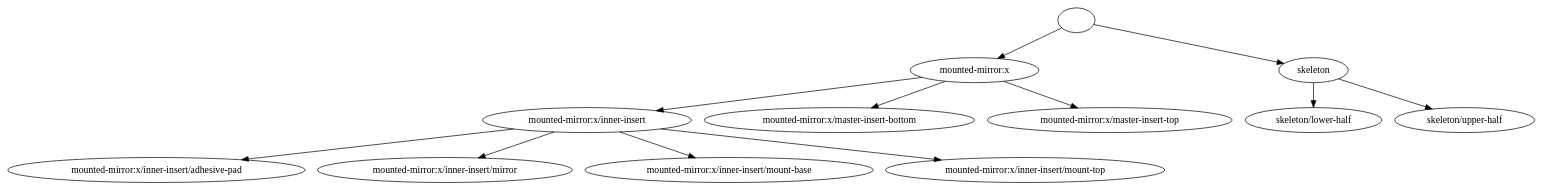
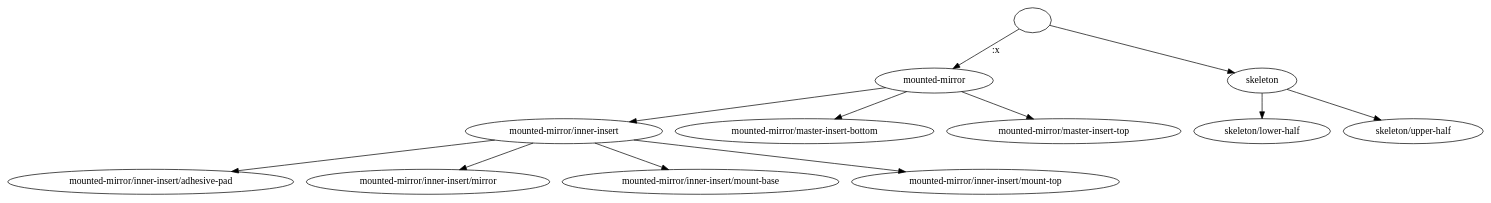
Before and after one commit to openUC2/optikit: the diagram in examples/designs/cube-mounted/mirror-static.dsn/_assembly-graph:x.dot, drawn with Graphviz. The commit also changed 38 other files, not shown here.

```diff
--- a/examples/designs/cube-mounted/mirror-static.dsn/_assembly-graph:x.dot
+++ b/examples/designs/cube-mounted/mirror-static.dsn/_assembly-graph:x.dot
@@ -1,74 +1,75 @@
 strict digraph "" {
-	graph [bb="0,0,1878.2,252"];
+	graph [bb="0,0,1809.7,270.8"];
 	node [label="\N"];
 	edge [label="\E"];
 	""	[height=0.5,
-		pos="1310.1,234",
+		pos="1252.5,252.8",
 		width=0.75];
-	"mounted-mirror:x"	[height=0.5,
-		pos="1184.1,162",
-		width=2.2286];
-	"" -> "mounted-mirror:x"	[key=" -> mounted-mirror:x",
-		label="",
-		pos="e,1213.2,179.18 1289.8,221.75 1271.8,211.77 1245.1,196.89 1223,184.61"];
+	"mounted-mirror"	[height=0.5,
+		pos="1130.5,164",
+		width=2.0199];
+	"" -> "mounted-mirror"	[key=" -> mounted-mirror",
+		label=":x ",
+		lp="1209.7,208.4",
+		pos="e,1153.6,181.42 1234.5,238.99 1215.7,225.62 1185.9,204.37 1163,188.07"];
 	skeleton	[height=0.5,
-		pos="1602.1,162",
+		pos="1533.5,164",
 		width=1.2005];
 	"" -> skeleton	[key=" -> skeleton",
 		label="",
-		pos="e,1565.1,171.85 1335.2,226.97 1383.8,215.33 1491.2,189.56 1554,174.53"];
-	"mounted-mirror:x/inner-insert"	[height=0.5,
-		pos="709.05,90",
-		width=3.5396];
-	"mounted-mirror:x" -> "mounted-mirror:x/inner-insert"	[key="mounted-mirror:x -> mounted-mirror:x/inner-insert",
+		pos="e,1499.8,175.43 1276.5,244.4 1323.6,229.85 1428.9,197.32 1489.1,178.73"];
+	"mounted-mirror/inner-insert"	[height=0.5,
+		pos="678.54,91",
+		width=3.3309];
+	"mounted-mirror" -> "mounted-mirror/inner-insert"	[key="mounted-mirror -> mounted-mirror/inner-insert",
 		label="",
-		pos="e,794.8,103.64 1118.5,151.34 1037.6,139.41 899.16,119.02 805.94,105.28"];
-	"mounted-mirror:x/master-insert-bottom"	[height=0.5,
-		pos="1018.1,90",
-		width=4.5528];
-	"mounted-mirror:x" -> "mounted-mirror:x/master-insert-bottom"	[key="mounted-mirror:x -> mounted-mirror:x/master-insert-bottom",
+		pos="e,759.05,104.65 1070.5,153.57 993.72,141.51 859.92,120.49 770.3,106.41"];
+	"mounted-mirror/master-insert-bottom"	[height=0.5,
+		pos="972.54,91",
+		width=4.3442];
+	"mounted-mirror" -> "mounted-mirror/master-insert-bottom"	[key="mounted-mirror -> mounted-mirror/master-insert-bottom",
 		label="",
-		pos="e,1058.2,107.92 1147.6,145.64 1124.5,135.88 1094.2,123.12 1068.8,112.38"];
-	"mounted-mirror:x/master-insert-top"	[height=0.5,
-		pos="1349.1,90",
-		width=4.1355];
-	"mounted-mirror:x" -> "mounted-mirror:x/master-insert-top"	[key="mounted-mirror:x -> mounted-mirror:x/master-insert-top",
+		pos="e,1010.3,108.95 1096.6,147.77 1074.4,137.79 1045.1,124.59 1020.5,113.54"];
+	"mounted-mirror/master-insert-top"	[height=0.5,
+		pos="1288.5,91",
+		width=3.9269];
+	"mounted-mirror" -> "mounted-mirror/master-insert-top"	[key="mounted-mirror -> mounted-mirror/master-insert-top",
 		label="",
-		pos="e,1309.5,107.8 1220.3,145.64 1243.3,135.85 1273.6,123.03 1298.9,112.27"];
-	"mounted-mirror:x/inner-insert/adhesive-pad"	[height=0.5,
-		pos="181.05,18",
-		width=5.0292];
-	"mounted-mirror:x/inner-insert" -> "mounted-mirror:x/inner-insert/adhesive-pad"	[key="mounted-mirror:x/inner-insert -> mounted-mirror:x/inner-insert/adhesive-pad",
+		pos="e,1251.1,108.82 1164.4,147.77 1186.7,137.75 1216.2,124.49 1240.9,113.42"];
+	"mounted-mirror/inner-insert/adhesive-pad"	[height=0.5,
+		pos="173.54,18",
+		width=4.8206];
+	"mounted-mirror/inner-insert" -> "mounted-mirror/inner-insert/adhesive-pad"	[key="mounted-mirror/inner-insert -> mounted-mirror/inner-insert/adhesive-pad",
 		label="",
-		pos="e,286.5,32.98 618.29,76.967 529.65,65.216 394.38,47.283 297.79,34.476"];
-	"mounted-mirror:x/inner-insert/mirror"	[height=0.5,
-		pos="535.05,18",
-		width=4.2994];
-	"mounted-mirror:x/inner-insert" -> "mounted-mirror:x/inner-insert/mirror"	[key="mounted-mirror:x/inner-insert -> mounted-mirror:x/inner-insert/mirror",
+		pos="e,273.65,33.074 593.16,77.996 508.3,66.065 377.72,47.707 284.79,34.641"];
+	"mounted-mirror/inner-insert/mirror"	[height=0.5,
+		pos="512.54,18",
+		width=4.0907];
+	"mounted-mirror/inner-insert" -> "mounted-mirror/inner-insert/mirror"	[key="mounted-mirror/inner-insert -> mounted-mirror/inner-insert/mirror",
 		label="",
-		pos="e,576.8,35.795 668.26,72.588 644.07,62.857 613.16,50.424 587.21,39.985"];
-	"mounted-mirror:x/inner-insert/mount-base"	[height=0.5,
-		pos="883.05,18",
-		width=4.8656];
-	"mounted-mirror:x/inner-insert" -> "mounted-mirror:x/inner-insert/mount-base"	[key="mounted-mirror:x/inner-insert -> mounted-mirror:x/inner-insert/mount-base",
+		pos="e,551.7,35.747 640.04,73.533 616.83,63.604 587.02,50.855 562.06,40.181"];
+	"mounted-mirror/inner-insert/mount-base"	[height=0.5,
+		pos="845.54,18",
+		width=4.657];
+	"mounted-mirror/inner-insert" -> "mounted-mirror/inner-insert/mount-base"	[key="mounted-mirror/inner-insert -> mounted-mirror/inner-insert/mount-base",
 		label="",
-		pos="e,841,35.917 749.85,72.588 773.95,62.892 804.71,50.515 830.61,40.099"];
-	"mounted-mirror:x/inner-insert/mount-top"	[height=0.5,
-		pos="1247.1,18",
-		width=4.7318];
-	"mounted-mirror:x/inner-insert" -> "mounted-mirror:x/inner-insert/mount-top"	[key="mounted-mirror:x/inner-insert -> mounted-mirror:x/inner-insert/mount-top",
+		pos="e,805.86,35.871 717.27,73.533 740.54,63.64 770.4,50.947 795.45,40.296"];
+	"mounted-mirror/inner-insert/mount-top"	[height=0.5,
+		pos="1193.5,18",
+		width=4.5231];
+	"mounted-mirror/inner-insert" -> "mounted-mirror/inner-insert/mount-top"	[key="mounted-mirror/inner-insert -> mounted-mirror/inner-insert/mount-top",
 		label="",
-		pos="e,1142.5,32.598 800.62,77.086 891.89,65.211 1032.3,46.936 1131.3,34.061"];
+		pos="e,1094.3,32.685 764.74,78.116 852.19,66.06 987.89,47.352 1083.2,34.219"];
 	"skeleton/lower-half"	[height=0.5,
-		pos="1602.1,90",
+		pos="1533.5,91",
 		width=2.3922];
 	skeleton -> "skeleton/lower-half"	[key="skeleton -> skeleton/lower-half",
 		label="",
-		pos="e,1602.1,108.1 1602.1,143.7 1602.1,136.41 1602.1,127.73 1602.1,119.54"];
+		pos="e,1533.5,109.03 1533.5,145.81 1533.5,138.23 1533.5,129.1 1533.5,120.54"];
 	"skeleton/upper-half"	[height=0.5,
-		pos="1792.1,90",
+		pos="1723.5,91",
 		width=2.3922];
 	skeleton -> "skeleton/upper-half"	[key="skeleton -> skeleton/upper-half",
 		label="",
-		pos="e,1751,106.13 1633.4,149.44 1662.4,138.75 1706.1,122.67 1740.3,110.08"];
+		pos="e,1682.8,107.21 1564.9,151.28 1594,140.4 1637.9,124.02 1672.1,111.23"];
 }
```
